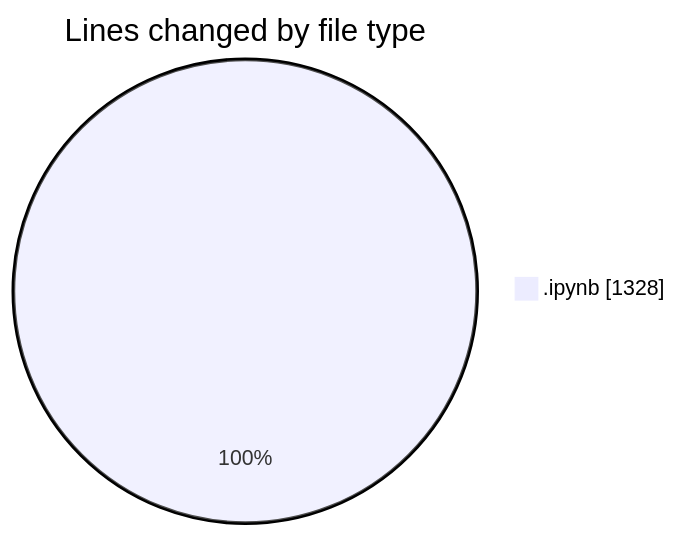
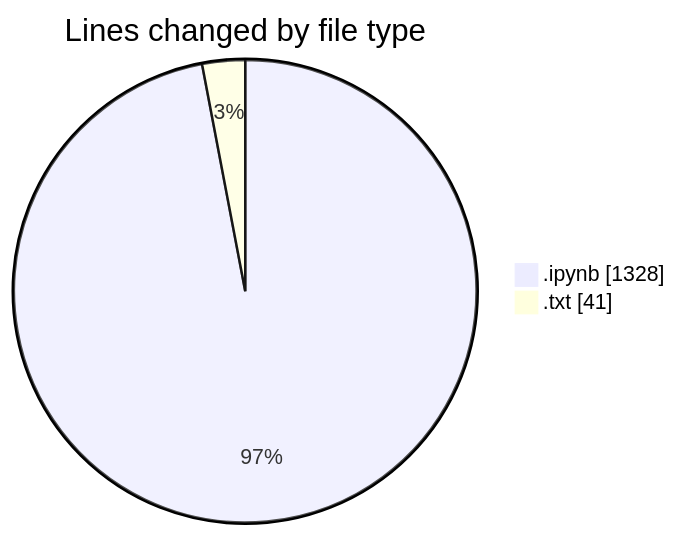
Before and after one commit to CELIANVF/code-tracking: the first of 2 diagrams in 2025-01-08/jupyterproject/README.md, drawn with Mermaid. The commit also changed other lines of this file and 1 other file, not shown here.

````diff
--- a/2025-01-08/jupyterproject/README.md
+++ b/2025-01-08/jupyterproject/README.md
@@ -20,5 +21,6 @@
 ```mermaid
 pie showData
 title Lines changed by file type
 ".ipynb" : 1328
+".txt" : 41
 ```
````
